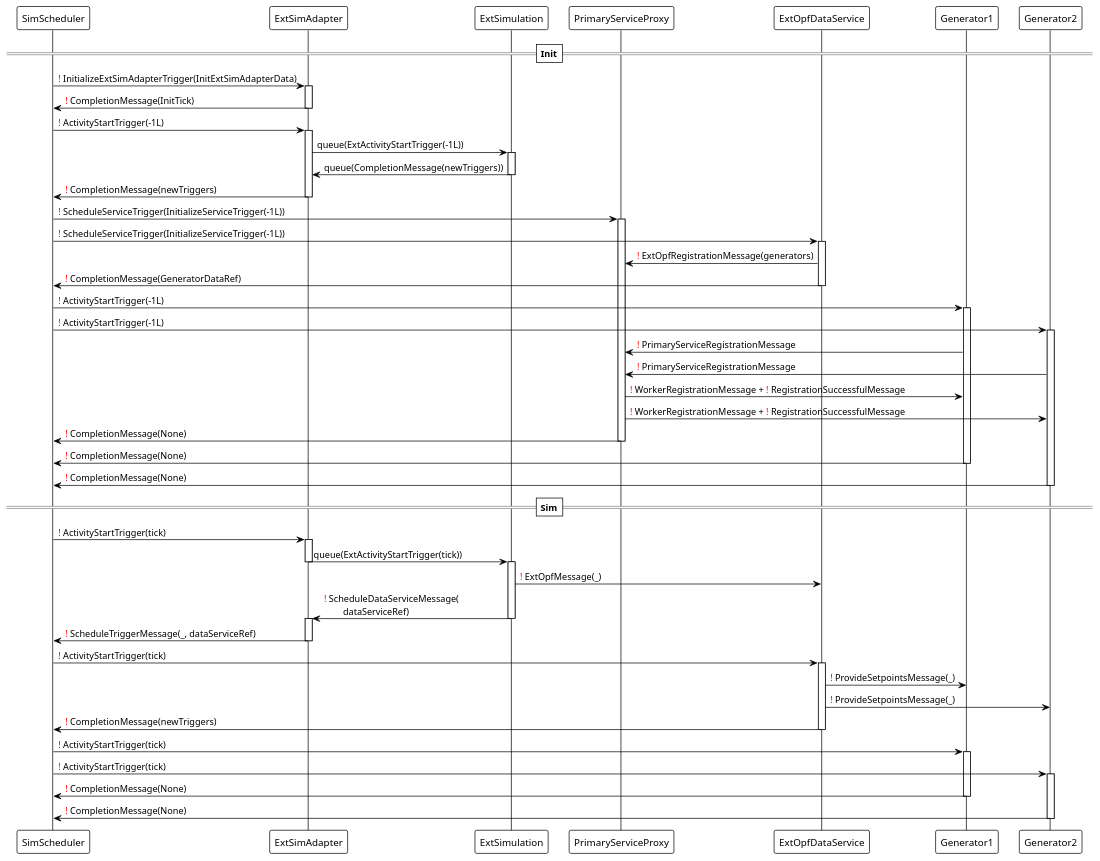
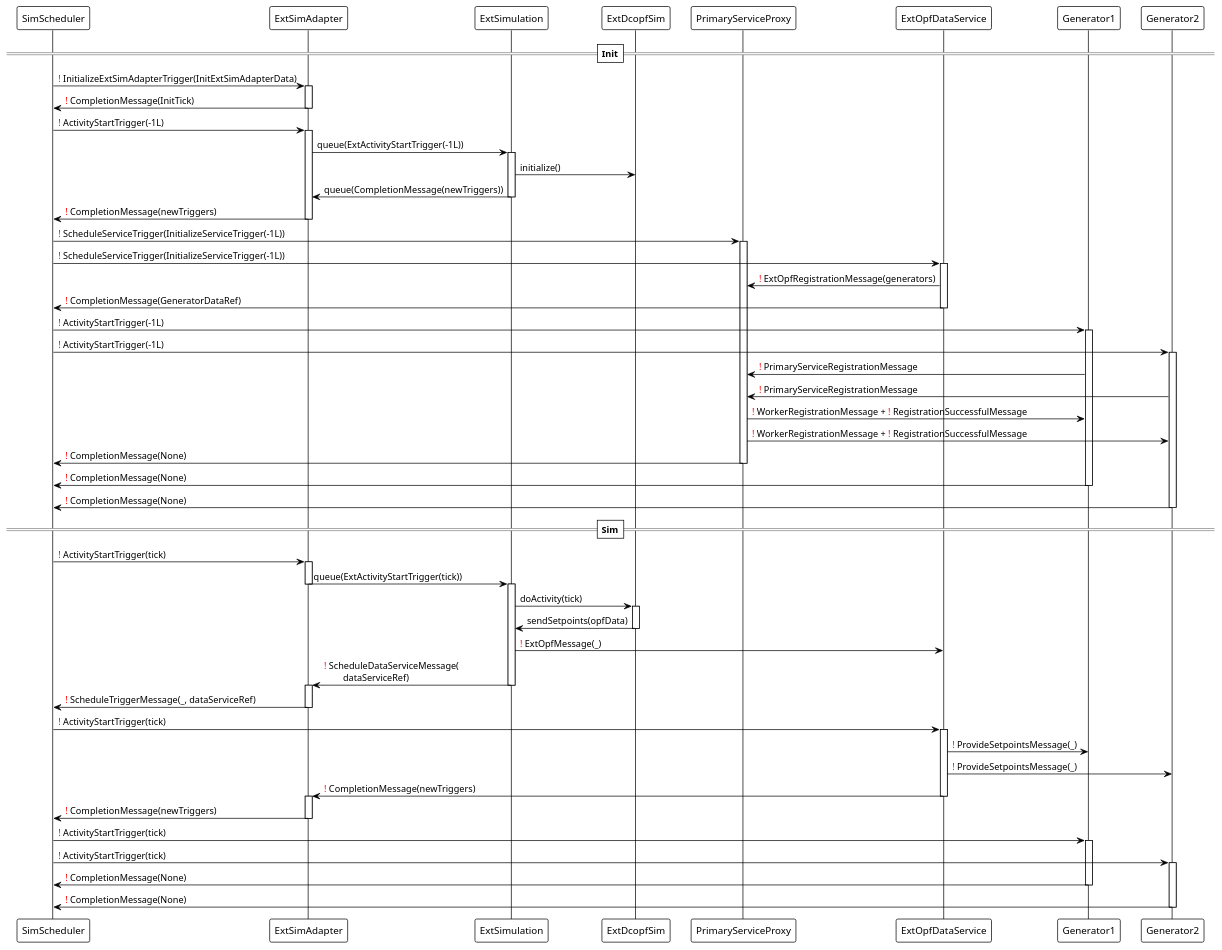
The diagram in docs/uml/protocol/ExtDCOPFSimulationSequence.puml (ie3-institute/simona), drawn with PlantUML before and after one commit. The commit also changed 3 other files, not shown here.

```diff
--- a/docs/uml/protocol/ExtDCOPFSimulationSequence.puml
+++ b/docs/uml/protocol/ExtDCOPFSimulationSequence.puml
@@ -1,88 +1,99 @@
 @startuml
 
 !theme plain
 
 ==Init==
 SimScheduler -> ExtSimAdapter: <font color=red>!</font> InitializeExtSimAdapterTrigger(InitExtSimAdapterData)
 activate ExtSimAdapter
 
 ExtSimAdapter -> SimScheduler: <font color=red>!</font> CompletionMessage(InitTick)
 deactivate ExtSimAdapter
 
 
 
 SimScheduler -> ExtSimAdapter: <font color=red>!</font> ActivityStartTrigger(-1L)
 activate ExtSimAdapter
 
 ExtSimAdapter -> ExtSimulation: queue(ExtActivityStartTrigger(-1L))
 activate ExtSimulation
+
+ExtSimulation -> ExtDcopfSim: initialize()
 
 ExtSimulation -> ExtSimAdapter: queue(CompletionMessage(newTriggers))
 deactivate ExtSimulation
 
 ExtSimAdapter -> SimScheduler: <font color=red>!</font> CompletionMessage(newTriggers)
 deactivate ExtSimAdapter
 
 
 
 SimScheduler -> PrimaryServiceProxy: <font color=red>!</font> ScheduleServiceTrigger(InitializeServiceTrigger(-1L))
 activate PrimaryServiceProxy
 
 SimScheduler -> ExtOpfDataService: <font color=red>!</font> ScheduleServiceTrigger(InitializeServiceTrigger(-1L))
 activate ExtOpfDataService
 
 ExtOpfDataService -> PrimaryServiceProxy: <font color=red>!</font> ExtOpfRegistrationMessage(generators)
 ExtOpfDataService -> SimScheduler: <font color=red>!</font> CompletionMessage(GeneratorDataRef)
 deactivate ExtOpfDataService
 
 SimScheduler -> Generator1: <font color=red>!</font> ActivityStartTrigger(-1L)
 activate Generator1
 SimScheduler -> Generator2: <font color=red>!</font> ActivityStartTrigger(-1L)
 activate Generator2
 
 Generator1 -> PrimaryServiceProxy: <font color=red>!</font> PrimaryServiceRegistrationMessage
 Generator2 -> PrimaryServiceProxy: <font color=red>!</font> PrimaryServiceRegistrationMessage
 
 PrimaryServiceProxy -> Generator1: <font color=red>!</font> WorkerRegistrationMessage + <font color=red>!</font> RegistrationSuccessfulMessage
 PrimaryServiceProxy -> Generator2: <font color=red>!</font> WorkerRegistrationMessage + <font color=red>!</font> RegistrationSuccessfulMessage
 PrimaryServiceProxy -> SimScheduler: <font color=red>!</font> CompletionMessage(None)
 deactivate PrimaryServiceProxy
 
 Generator1 -> SimScheduler: <font color=red>!</font> CompletionMessage(None)
 deactivate Generator1
 Generator2 -> SimScheduler: <font color=red>!</font> CompletionMessage(None)
 deactivate Generator2
 
 ==Sim==
 SimScheduler -> ExtSimAdapter: <font color=red>!</font> ActivityStartTrigger(tick)
 activate ExtSimAdapter
 
 ExtSimAdapter -> ExtSimulation: queue(ExtActivityStartTrigger(tick))
 deactivate ExtSimAdapter
 
 activate ExtSimulation
+ExtSimulation -> ExtDcopfSim: doActivity(tick)
+activate ExtDcopfSim
+ExtDcopfSim -> ExtSimulation: sendSetpoints(opfData)
+deactivate ExtDcopfSim
+
 ExtSimulation -> ExtOpfDataService: <font color=red>!</font> ExtOpfMessage(_)
 ExtSimulation -> ExtSimAdapter: <font color=red>!</font> ScheduleDataServiceMessage(\n\tdataServiceRef)
 deactivate ExtSimulation
 
 activate ExtSimAdapter
 ExtSimAdapter -> SimScheduler: <font color=red>!</font> ScheduleTriggerMessage(_, dataServiceRef)
 deactivate ExtSimAdapter
 
 SimScheduler -> ExtOpfDataService: <font color=red>!</font> ActivityStartTrigger(tick)
 activate ExtOpfDataService
 ExtOpfDataService -> Generator1: <font color=red>!</font> ProvideSetpointsMessage(_)
 ExtOpfDataService -> Generator2: <font color=red>!</font> ProvideSetpointsMessage(_)
-ExtOpfDataService -> SimScheduler: <font color=red>!</font> CompletionMessage(newTriggers)
+ExtOpfDataService -> ExtSimAdapter: <font color=red>!</font> CompletionMessage(newTriggers)
 deactivate ExtOpfDataService
+activate ExtSimAdapter
+ExtSimAdapter -> SimScheduler: <font color=red>!</font> CompletionMessage(newTriggers)
+deactivate ExtSimAdapter
+
 
 SimScheduler -> Generator1: <font color=red>!</font> ActivityStartTrigger(tick)
 activate Generator1
 SimScheduler -> Generator2: <font color=red>!</font> ActivityStartTrigger(tick)
 activate Generator2
 Generator1 -> SimScheduler: <font color=red>!</font> CompletionMessage(None)
 deactivate Generator1
 Generator2 -> SimScheduler: <font color=red>!</font> CompletionMessage(None)
 deactivate Generator2
 
 @enduml
```
